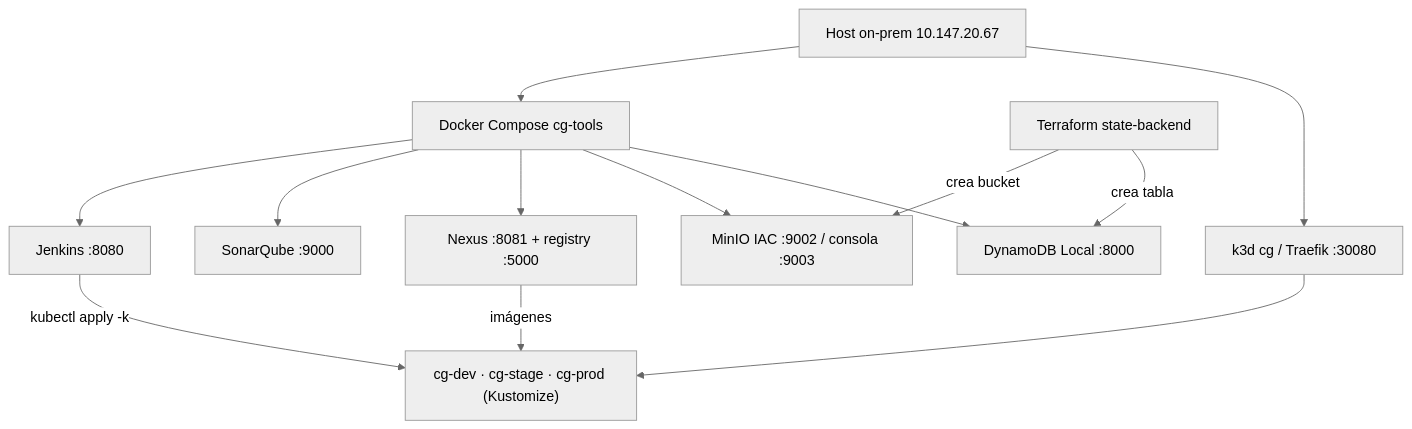
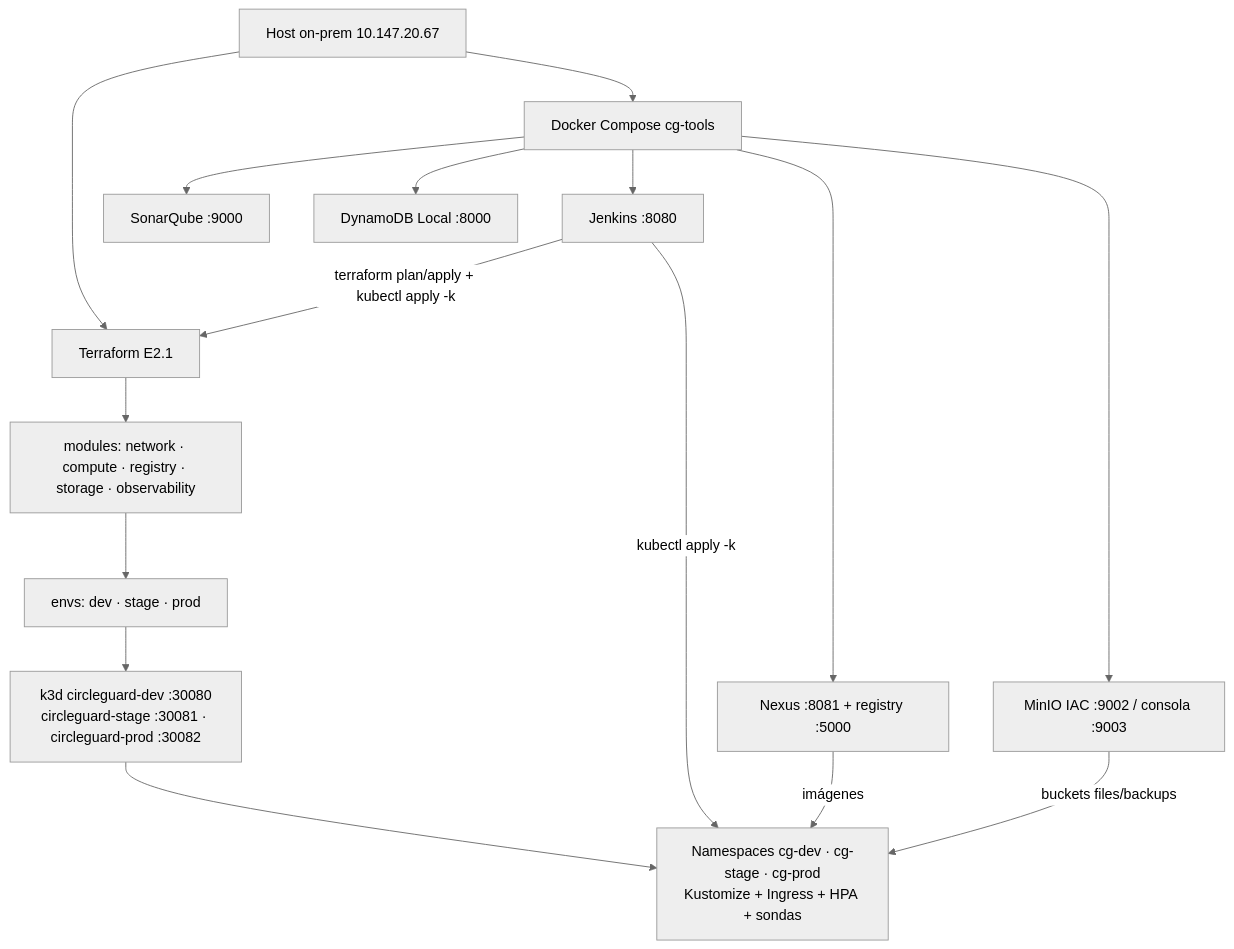
One commit to ingesoft5/circle-guard-finalproject-A00401805-A00405090-A00401428-A00377013 changed the diagram in docs/diagramas/01-arquitectura-onprem.mmd. Above: the diagram before and after it, drawn with Mermaid (neutral theme). The commit also changed 63 other files, not shown here.

```diff
--- a/docs/diagramas/01-arquitectura-onprem.mmd
+++ b/docs/diagramas/01-arquitectura-onprem.mmd
@@ -1,24 +1,29 @@
 flowchart TB
   HOST["Host on-prem 10.147.20.67"]
   TOOLS["Docker Compose cg-tools"]
   JENKINS["Jenkins :8080"]
   SONAR["SonarQube :9000"]
   NEXUS["Nexus :8081 + registry :5000"]
   MINIO["MinIO IAC :9002 / consola :9003"]
   DDB["DynamoDB Local :8000"]
-  K3D["k3d cg / Traefik :30080"]
-  ENVS["cg-dev · cg-stage · cg-prod (Kustomize)"]
-  TF["Terraform state-backend"]
+  TF["Terraform E2.1"]
+  MOD["modules: network · compute · registry · storage · observability"]
+  ENVS["envs: dev · stage · prod"]
+  K3D["k3d circleguard-dev :30080<br/>circleguard-stage :30081 · circleguard-prod :30082"]
+  APPS["Namespaces cg-dev · cg-stage · cg-prod<br/>Kustomize + Ingress + HPA + sondas"]
 
   HOST --> TOOLS
-  HOST --> K3D
+  HOST --> TF
   TOOLS --> JENKINS
   TOOLS --> SONAR
   TOOLS --> NEXUS
   TOOLS --> MINIO
   TOOLS --> DDB
-  K3D --> ENVS
-  JENKINS -->|"kubectl apply -k"| ENVS
-  NEXUS -->|"imágenes"| ENVS
-  TF -->|"crea bucket"| MINIO
-  TF -->|"crea tabla"| DDB
+  TF --> MOD
+  MOD --> ENVS
+  ENVS --> K3D
+  K3D --> APPS
+  JENKINS -->|"terraform plan/apply + kubectl apply -k"| TF
+  JENKINS -->|"kubectl apply -k"| APPS
+  NEXUS -->|"imágenes"| APPS
+  MINIO -->|"buckets files/backups"| APPS
```
